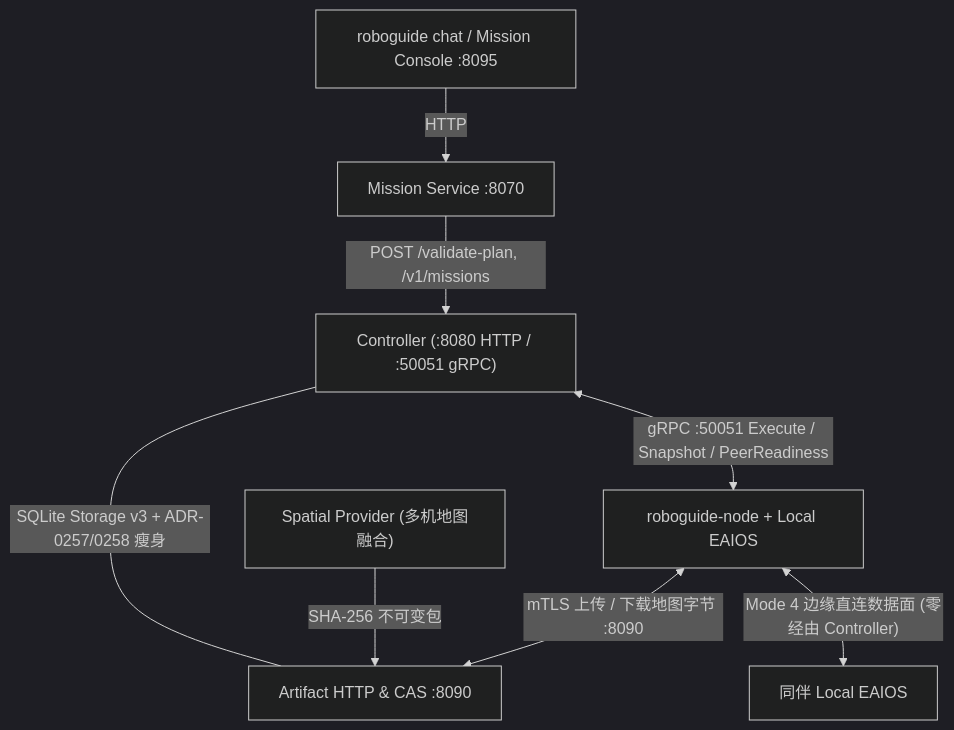
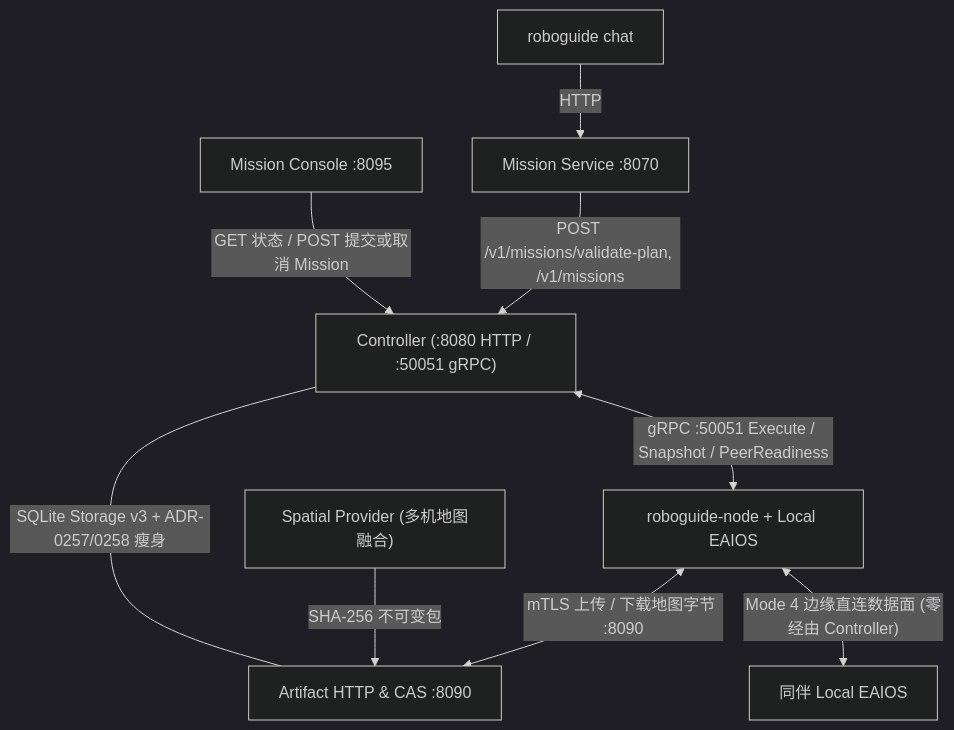
Before and after one commit to Farewell-CK/RoboGuide: the second of 2 diagrams in website/pages/architecture-tour.md, drawn with Mermaid (dark theme). The commit also changed other lines of this file and 8 other files, not shown here.

````diff
--- a/website/pages/architecture-tour.md
+++ b/website/pages/architecture-tour.md
@@ -78,10 +78,11 @@
 ```mermaid
 flowchart TB
-  CHAT["roboguide chat / Mission Console :8095"] -->|"HTTP"| MS["Mission Service :8070"]
-  MS -->|"POST /validate-plan, /v1/missions"| CTRL["Controller (:8080 HTTP / :50051 gRPC)"]
+  CHAT["roboguide chat"] -->|"HTTP"| MS["Mission Service :8070"]
+  CON["Mission Console :8095"] -->|"GET 状态 / POST 提交或取消 Mission"| CTRL
+  MS -->|"POST /v1/missions/validate-plan, /v1/missions"| CTRL["Controller (:8080 HTTP / :50051 gRPC)"]
   CTRL ---|"SQLite Storage v3 + ADR-0257/0258 瘦身"| CAS["Artifact HTTP & CAS :8090"]
   SP["Spatial Provider (多机地图融合)"] -->|"SHA-256 不可变包"| CAS
   CTRL <-->|"gRPC :50051 Execute / Snapshot / PeerReadiness"| NODE["roboguide-node + Local EAIOS"]
   NODE <-->|"mTLS 上传 / 下载地图字节 :8090"| CAS
   NODE <-->|"Mode 4 边缘直连数据面 (零经由 Controller)"| PEER["同伴 Local EAIOS"]
 ```
````
